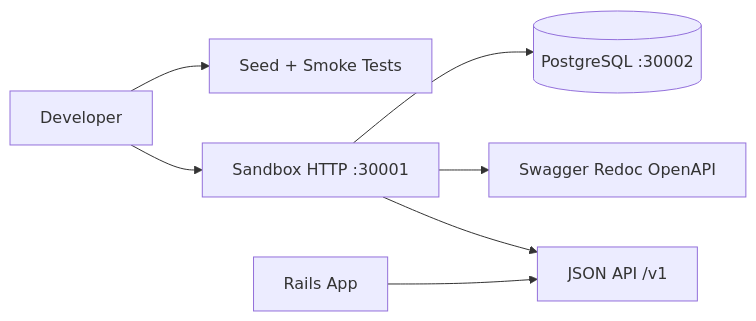
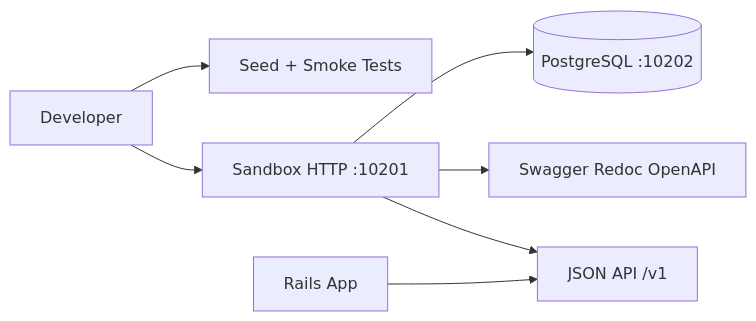
The diagram in docs/epics/001-payment-sandbox-integration-mvp/stories/06-local-dev-setup/README.md (angelpixel-core/payment-platform), drawn with Mermaid before and after one commit. The commit also changed other lines of this file and 9 other files, not shown here.

````diff
--- a/docs/epics/001-payment-sandbox-integration-mvp/stories/06-local-dev-setup/README.md
+++ b/docs/epics/001-payment-sandbox-integration-mvp/stories/06-local-dev-setup/README.md
@@ -56,9 +56,9 @@
 ```mermaid
 flowchart LR
-    Dev[Developer] --> HTTP[Sandbox HTTP :30001]
+    Dev[Developer] --> HTTP[Sandbox HTTP :10201]
     HTTP --> API[JSON API /v1]
     HTTP --> Docs[Swagger Redoc OpenAPI]
-    HTTP --> PG[(PostgreSQL :30002)]
+    HTTP --> PG[(PostgreSQL :10202)]
     Dev --> RT[Seed + Smoke Tests]
     Rails[Rails App] --> API
 ```
````
